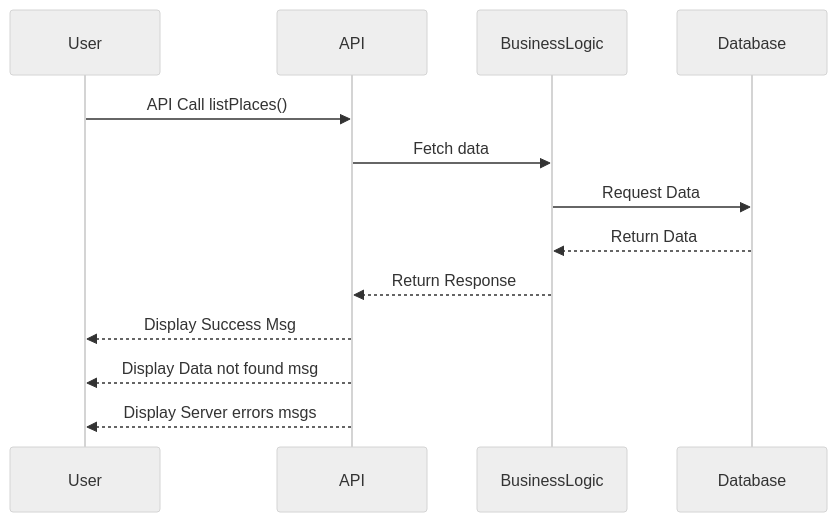
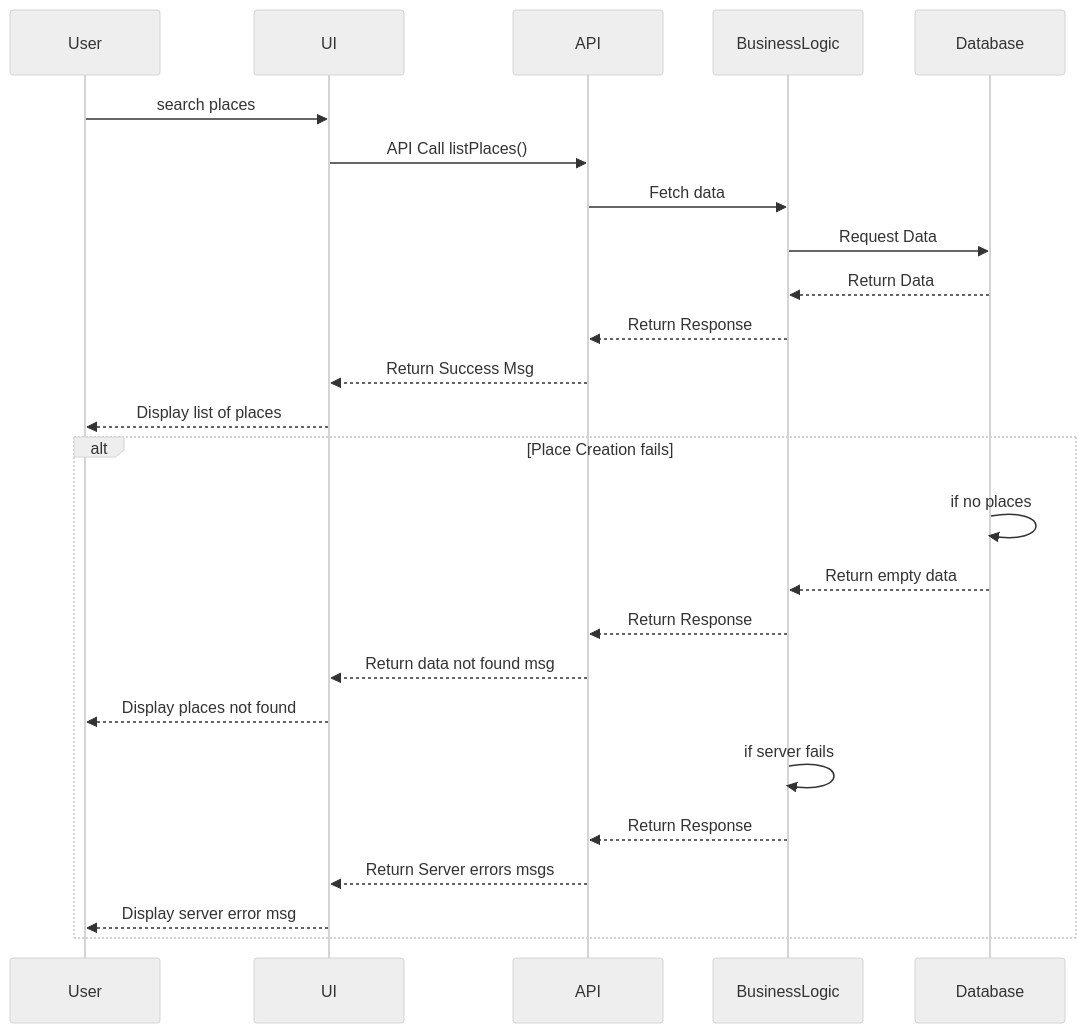
The fourth of 4 diagrams in part_1/sequence_diagrams.md (JulieRaph/holbertonschool-hbnb), drawn with Mermaid (neutral theme) before and after one commit. The commit also changed other lines of this file, not shown here.

Commit message:
Fix alt flows

````diff
--- a/part_1/sequence_diagrams.md
+++ b/part_1/sequence_diagrams.md
@@ -66,16 +101,28 @@
 ```mermaid
 sequenceDiagram
-participant User
-participant API
-participant BusinessLogic
-participant Database
+  participant User as User
+  participant UI as UI
+  participant API as API
+  participant BusinessLogic as BusinessLogic
+  participant Database as Database
 
-User->>API: API Call listPlaces()
-API->>BusinessLogic: Fetch data
-BusinessLogic->>Database: Request Data
-Database-->>BusinessLogic: Return Data
-BusinessLogic-->>API: Return Response
-API-->>User: Display Success Msg
-API-->>User: Display Data not found msg
-API-->>User: Display Server errors msgs
+  User ->> UI: search places
+  UI ->> API: API Call listPlaces()
+  API ->> BusinessLogic: Fetch data
+  BusinessLogic ->> Database: Request Data
+  Database -->> BusinessLogic: Return Data
+  BusinessLogic -->> API: Return Response
+  API -->> UI: Return Success Msg
+  UI -->> User: Display list of places
+  alt Place Creation fails
+    Database ->> Database: if no places
+    Database -->> BusinessLogic: Return empty data
+    BusinessLogic -->> API: Return Response
+    API -->> UI: Return data not found msg
+    UI -->> User: Display places not found
+    BusinessLogic ->> BusinessLogic: if server fails
+    BusinessLogic -->> API: Return Response
+    API -->> UI: Return Server errors msgs
+    UI -->> User: Display server error msg
+  end
 ```
````
